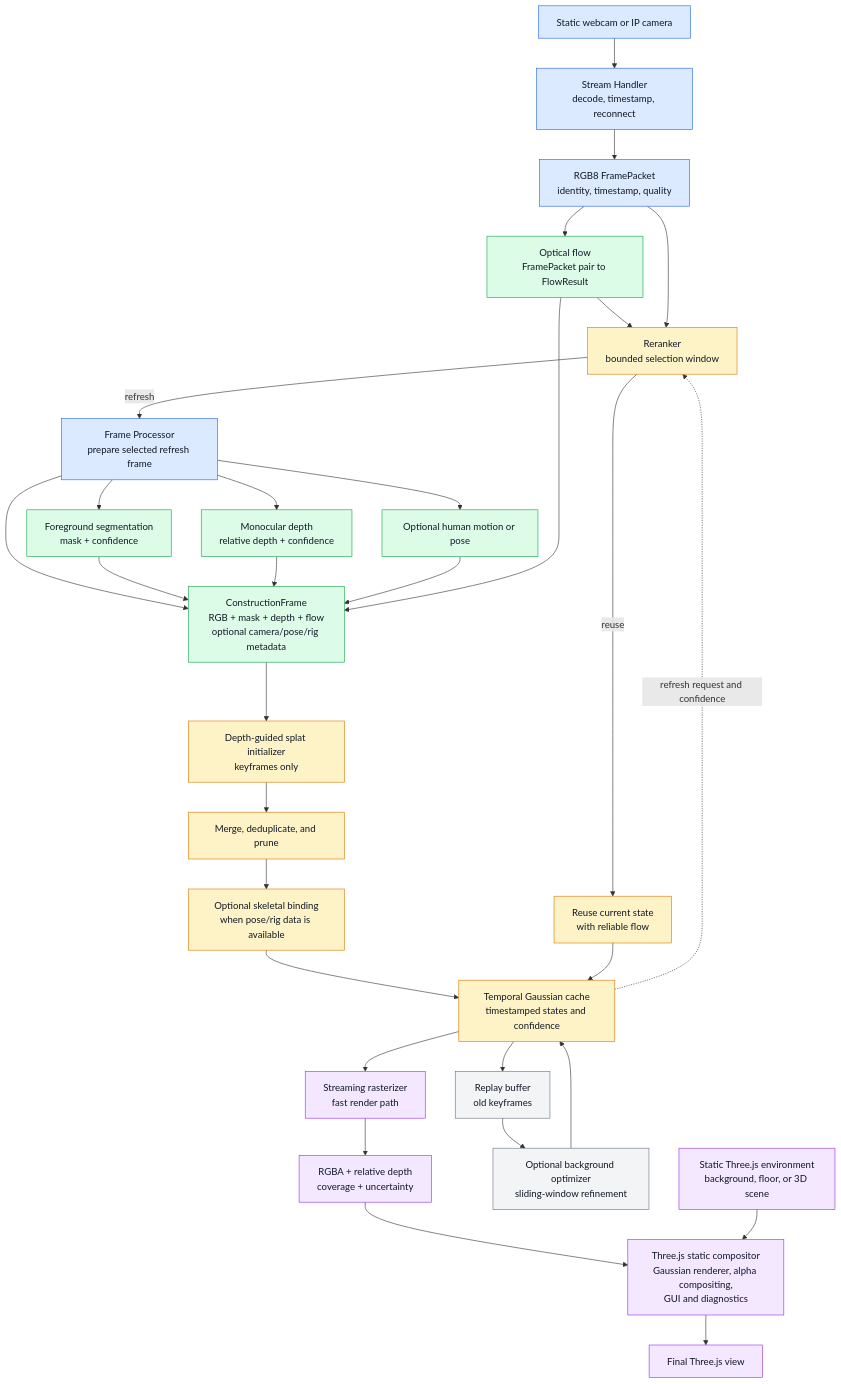
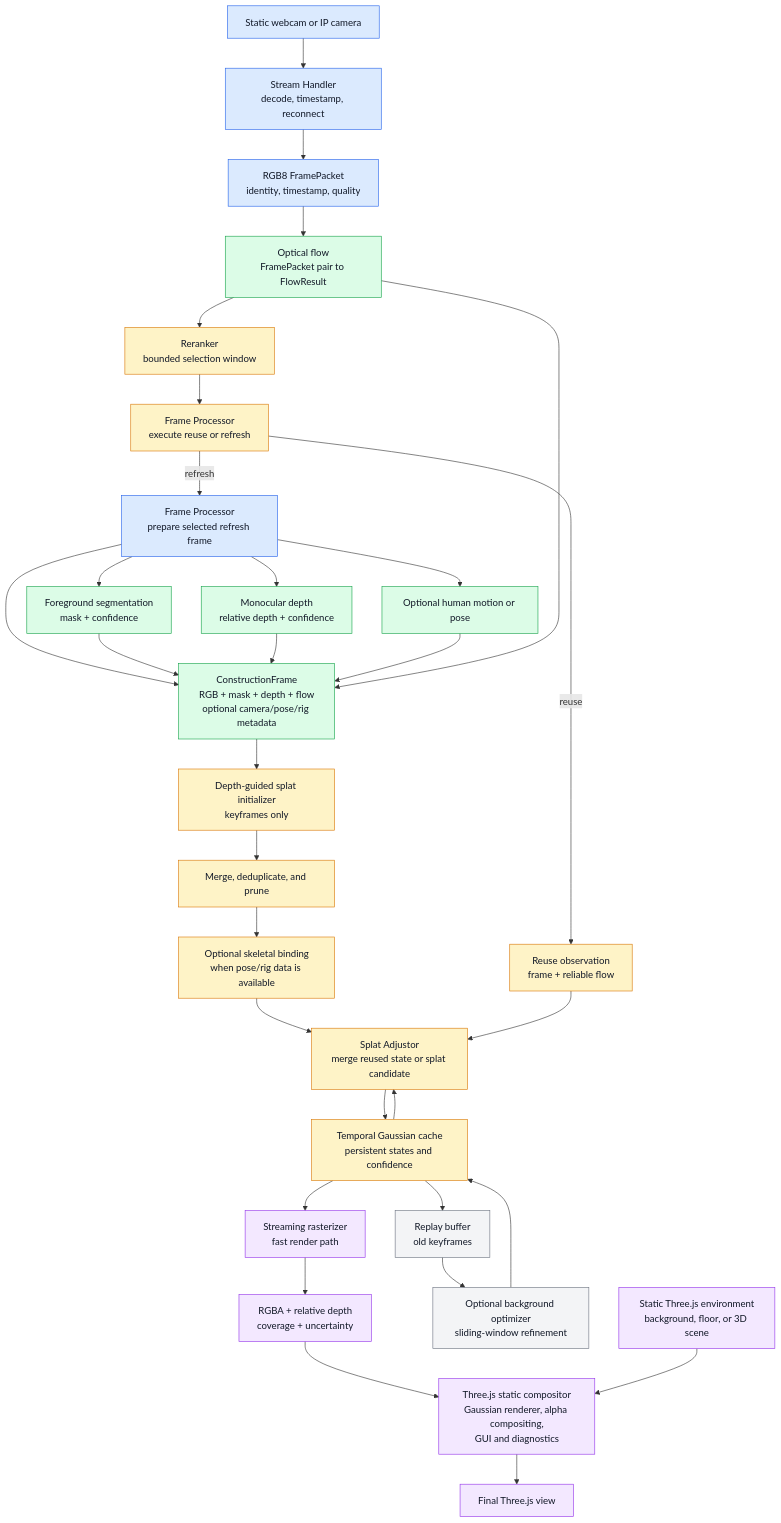
The diagram in docs/single-camera-workflow.md (smojjofy/AAI3001_Computer-Vision-Deep-Learning_Group27), drawn with Mermaid before and after one commit. The commit also changed other lines of this file and 53 other files, not shown here.

````diff
--- a/docs/single-camera-workflow.md
+++ b/docs/single-camera-workflow.md
@@ -7,62 +7,65 @@
 ```mermaid
 flowchart TD
     CAM[Static webcam or IP camera]
     STREAM[Stream Handler<br/>decode, timestamp, reconnect]
     PACKET[RGB8 FramePacket<br/>identity, timestamp, quality]
     FLOW[Optical flow<br/>FramePacket pair to FlowResult]
     SELECT[Reranker<br/>bounded selection window]
+    DISPATCH[Frame Processor<br/>execute reuse or refresh]
     PRE[Frame Processor<br/>prepare selected refresh frame]
     SEG[Foreground segmentation<br/>mask + confidence]
     DEPTH[Monocular depth<br/>relative depth + confidence]
     MOTION[Optional human motion or pose]
     FRAME[ConstructionFrame<br/>RGB + mask + depth + flow<br/>optional camera/pose/rig metadata]
 
-    REUSE[Reuse current state<br/>with reliable flow]
+    REUSE[Reuse observation<br/>frame + reliable flow]
     INIT[Depth-guided splat initializer<br/>keyframes only]
     FUSE[Merge, deduplicate, and prune]
     BIND[Optional skeletal binding<br/>when pose/rig data is available]
-    CACHE[Temporal Gaussian cache<br/>timestamped states and confidence]
+    ADJUST[Splat Adjustor<br/>merge reused state or splat candidate]
+    CACHE[Temporal Gaussian cache<br/>persistent states and confidence]
     RENDER[Streaming rasterizer<br/>fast render path]
     OUTPUT[RGBA + relative depth<br/>coverage + uncertainty]
 
     REPLAY[Replay buffer<br/>old keyframes]
     OPT[Optional background optimizer<br/>sliding-window refinement]
 
     ENV[Static Three.js environment<br/>background, floor, or 3D scene]
     VIEW[Three.js static compositor<br/>Gaussian renderer, alpha compositing,<br/>GUI and diagnostics]
     FINAL[Final Three.js view]
 
     CAM --> STREAM --> PACKET --> FLOW --> SELECT
-    PACKET --> SELECT
-    SELECT -->|refresh| PRE
+    SELECT --> DISPATCH
+    DISPATCH -->|refresh| PRE
     PRE --> SEG
     PRE --> DEPTH
     PRE --> MOTION
     PRE --> FRAME
     SEG --> FRAME
     DEPTH --> FRAME
     MOTION --> FRAME
     FLOW --> FRAME
 
-    SELECT -->|reuse| REUSE
+    DISPATCH -->|reuse| REUSE
     FRAME --> INIT --> FUSE
-    FUSE --> BIND --> CACHE
-    REUSE --> CACHE
-    CACHE -. refresh request and confidence .-> SELECT
+    FUSE --> BIND --> ADJUST
+    REUSE --> ADJUST
+    CACHE --> ADJUST
+    ADJUST --> CACHE
     CACHE --> RENDER --> OUTPUT --> VIEW
 
     CACHE --> REPLAY --> OPT --> CACHE
     ENV --> VIEW --> FINAL
 
     classDef input fill:#dbeafe,stroke:#2563eb,color:#111827;
     classDef inference fill:#dcfce7,stroke:#16a34a,color:#111827;
     classDef construct fill:#fef3c7,stroke:#d97706,color:#111827;
     classDef render fill:#f3e8ff,stroke:#9333ea,color:#111827;
     classDef optional fill:#f3f4f6,stroke:#6b7280,color:#111827;
 
     class CAM,STREAM,PACKET,PRE input;
     class SEG,DEPTH,MOTION,FLOW,FRAME inference;
-    class SELECT,REUSE,INIT,FUSE,BIND,CACHE construct;
+    class SELECT,DISPATCH,REUSE,INIT,FUSE,BIND,ADJUST,CACHE construct;
     class RENDER,OUTPUT,ENV,VIEW,FINAL render;
     class REPLAY,OPT optional;
 ```
````
